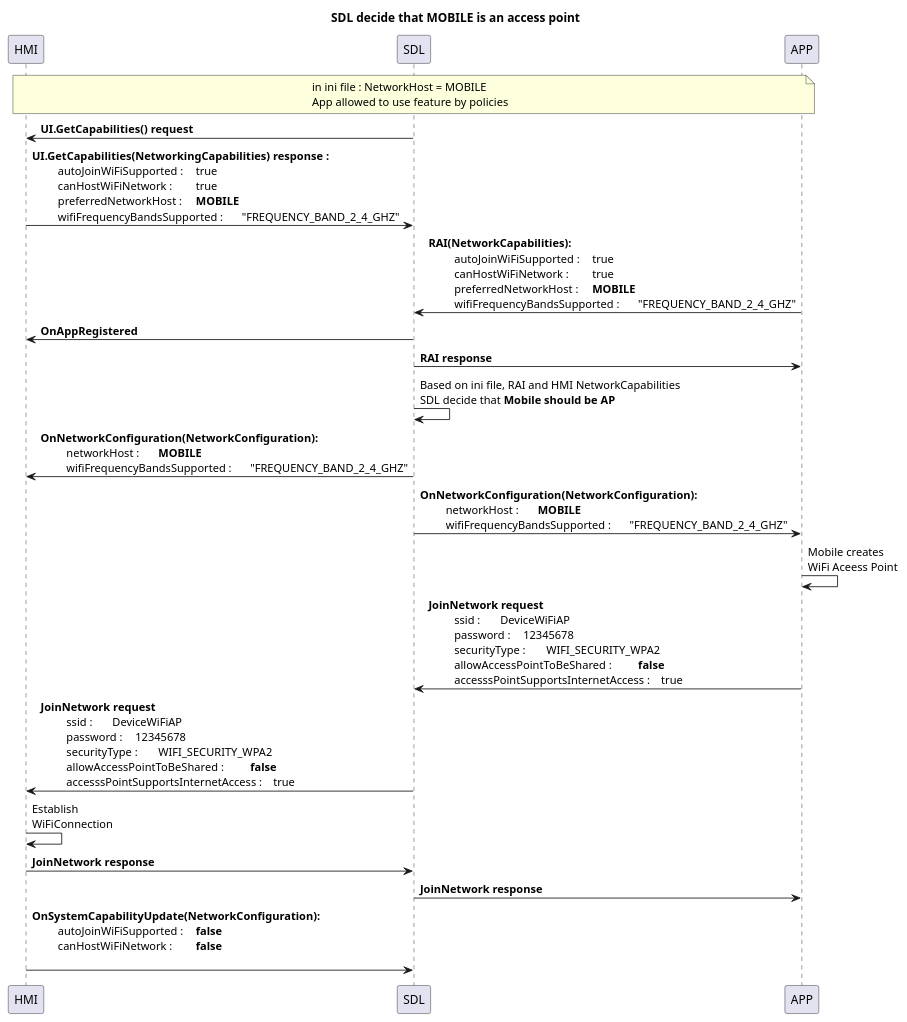
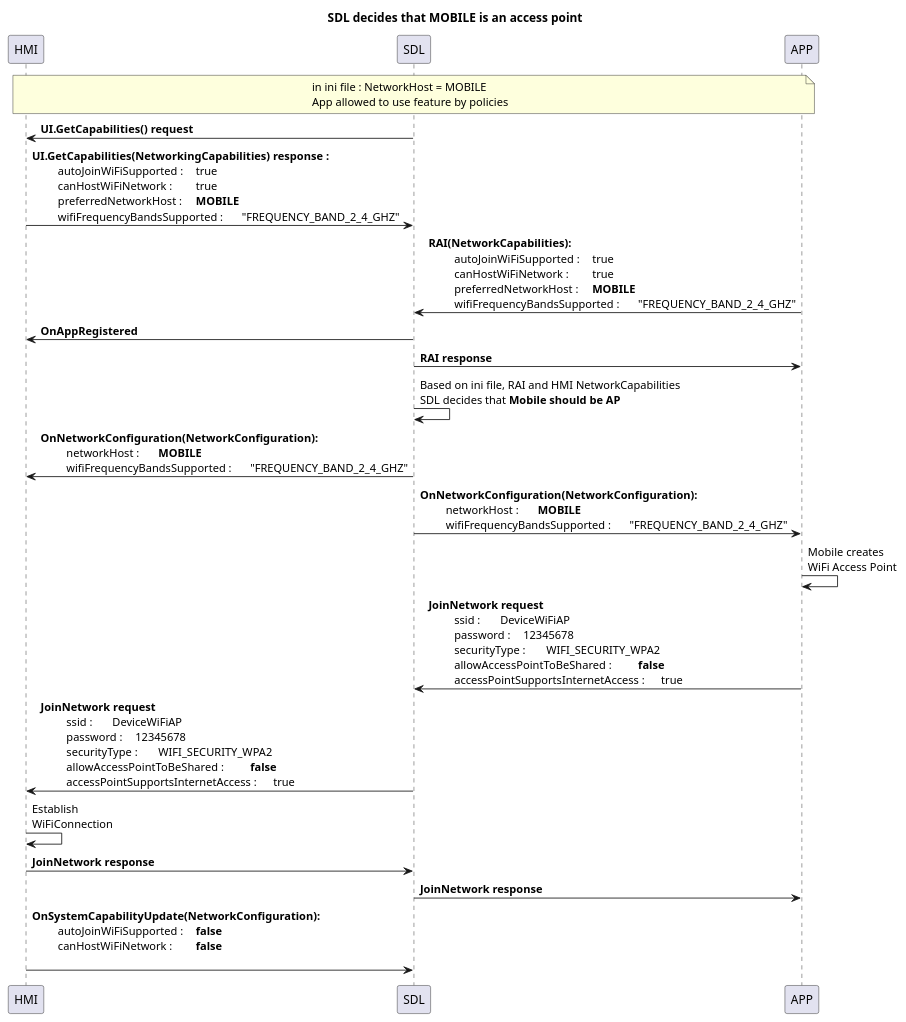
Before and after one commit to smartdevicelink/sdl_evolution: the diagram in assets/proposals/0245-sharing-wifi-ssid-and-password/mobile_access_point.puml, drawn with PlantUML. The commit also changed 8 other files, not shown here.

```diff
--- a/assets/proposals/0245-sharing-wifi-ssid-and-password/mobile_access_point.puml
+++ b/assets/proposals/0245-sharing-wifi-ssid-and-password/mobile_access_point.puml
@@ -1,71 +1,71 @@
 @startuml
 !pragma teoz true
 
 
-title SDL decide that MOBILE is an access point
+title SDL decides that MOBILE is an access point
 participant HMI
 participant SDL
 participant APP
 
 note over HMI, APP: in ini file : NetworkHost = MOBILE \n\
 App allowed to use feature by policies
 
 
 SDL -> HMI : <b>UI.GetCapabilities() request
 HMI -> SDL : <b>UI.GetCapabilities(NetworkingCapabilities) response : \n\
 \t autoJoinWiFiSupported : \t true \n\
 \t canHostWiFiNetwork : \t true \n\
 \t preferredNetworkHost : \t **MOBILE** \n\
 \t wifiFrequencyBandsSupported : \t "FREQUENCY_BAND_2_4_GHZ" 
 
 APP -> SDL : <b>RAI(NetworkCapabilities): \n\
 \t autoJoinWiFiSupported : \t true \n\
 \t canHostWiFiNetwork : \t true \n\
 \t preferredNetworkHost : \t **MOBILE** \n\
 \t wifiFrequencyBandsSupported : \t "FREQUENCY_BAND_2_4_GHZ"
 
 SDL -> HMI : <b>OnAppRegistered 
 SDL -> APP : <b>RAI response 
 
 SDL -> SDL : Based on ini file, RAI and HMI NetworkCapabilities\n\
-SDL decide that **Mobile should be AP** 
+SDL decides that **Mobile should be AP** 
 
 
 SDL -> HMI:  <b>OnNetworkConfiguration(NetworkConfiguration): \n\
 \t networkHost : \t **MOBILE** \n\
 \t wifiFrequencyBandsSupported : \t "FREQUENCY_BAND_2_4_GHZ" 
 
 SDL -> APP:  <b>OnNetworkConfiguration(NetworkConfiguration): \n\
 \t networkHost : \t **MOBILE** \n\
 \t wifiFrequencyBandsSupported : \t "FREQUENCY_BAND_2_4_GHZ"  
 
 APP -> APP : Mobile creates \n\
-WiFi Aceess Point
+WiFi Access Point
 
 
 APP -> SDL: <b>JoinNetwork request\n\
 \t ssid : \t DeviceWiFiAP \n\
 \t password : \t 12345678 \n\
 \t securityType : \t WIFI_SECURITY_WPA2 \n\
 \t allowAccessPointToBeShared : \t **false** \n\
-\t accesssPointSupportsInternetAccess : \t true
+\t accessPointSupportsInternetAccess : \t true
 
 SDL -> HMI: <b>JoinNetwork request\n\
 \t ssid : \t DeviceWiFiAP \n\
 \t password : \t 12345678 \n\
 \t securityType : \t WIFI_SECURITY_WPA2 \n\
 \t allowAccessPointToBeShared : \t **false** \n\
-\t accesssPointSupportsInternetAccess : \t true
+\t accessPointSupportsInternetAccess : \t true
 
 HMI -> HMI : Establish \n\
 WiFiConnection
 
 HMI -> SDL : <b>JoinNetwork response
 SDL -> APP : <b>JoinNetwork response
 
 
 HMI -> SDL:  <b>OnSystemCapabilityUpdate(NetworkConfiguration): \n\
 \t autoJoinWiFiSupported : \t **false** \n\
 \t canHostWiFiNetwork : \t **false**  \n\
 
 @enduml
```
